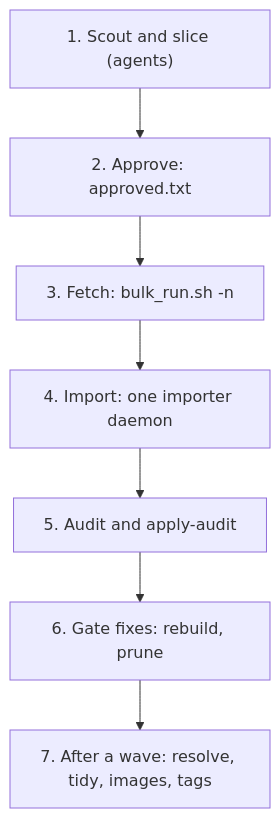
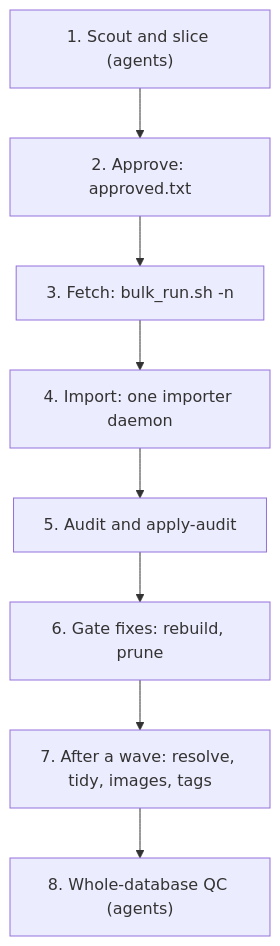
The diagram in docs/implementation-docs/bulk-wikidata-ingest.md (PickleSoda/history-mapped), drawn with Mermaid before and after one commit. The commit also changed other lines of this file and 1 other file, not shown here.

First line of the commit message:
feat(pipeline): QC repair commands and the whole-database QC runbook

````diff
--- a/docs/implementation-docs/bulk-wikidata-ingest.md
+++ b/docs/implementation-docs/bulk-wikidata-ingest.md
@@ -6,9 +6,10 @@
 ```mermaid
 flowchart TB
     S["1. Scout and slice (agents)"] --> A["2. Approve: approved.txt"]
     A --> F["3. Fetch: bulk_run.sh -n"]
     F --> I["4. Import: one importer daemon"]
     I --> U["5. Audit and apply-audit"]
     U --> G["6. Gate fixes: rebuild, prune"]
     G --> T["7. After a wave: resolve, tidy, images, tags"]
+    T --> Q["8. Whole-database QC (agents)"]
 ```
````
